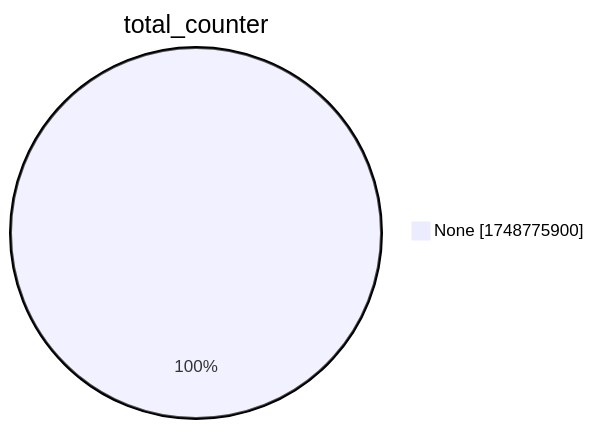
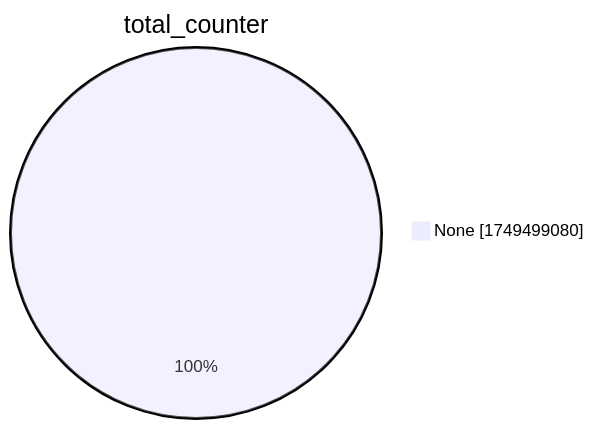
One commit to christiankrug/ctmonitor_visualization changed the second of 15 diagrams in xenon2022/README.md. Above: the diagram before and after it, drawn with Mermaid. The commit also changed other lines of this file, not shown here.

````diff
--- a/xenon2022/README.md
+++ b/xenon2022/README.md
@@ -9,5 +9,5 @@
 ```mermaid
 pie showData
 title total_counter
-"None" :1748775900
+"None" :1749499080
 ```
````
